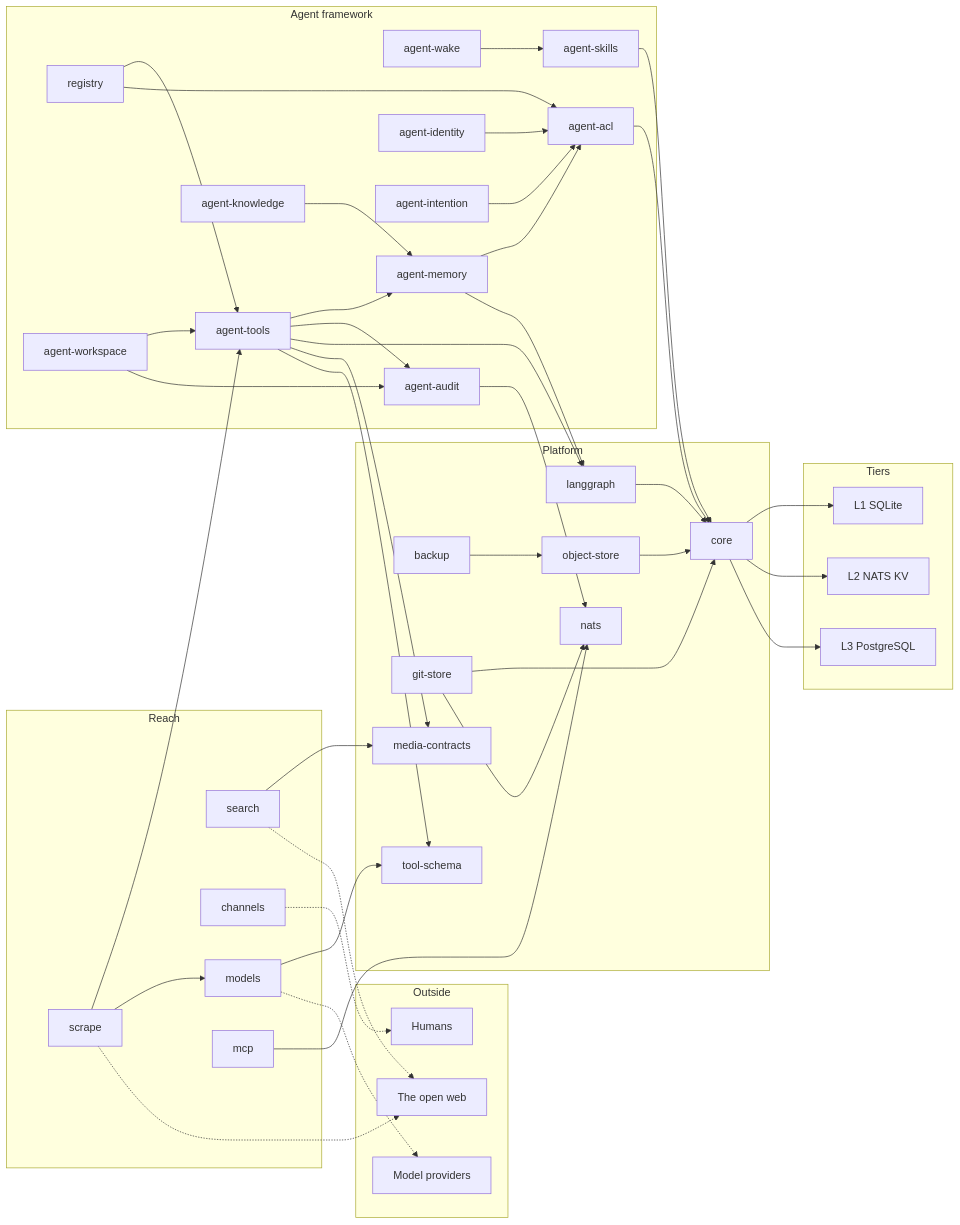
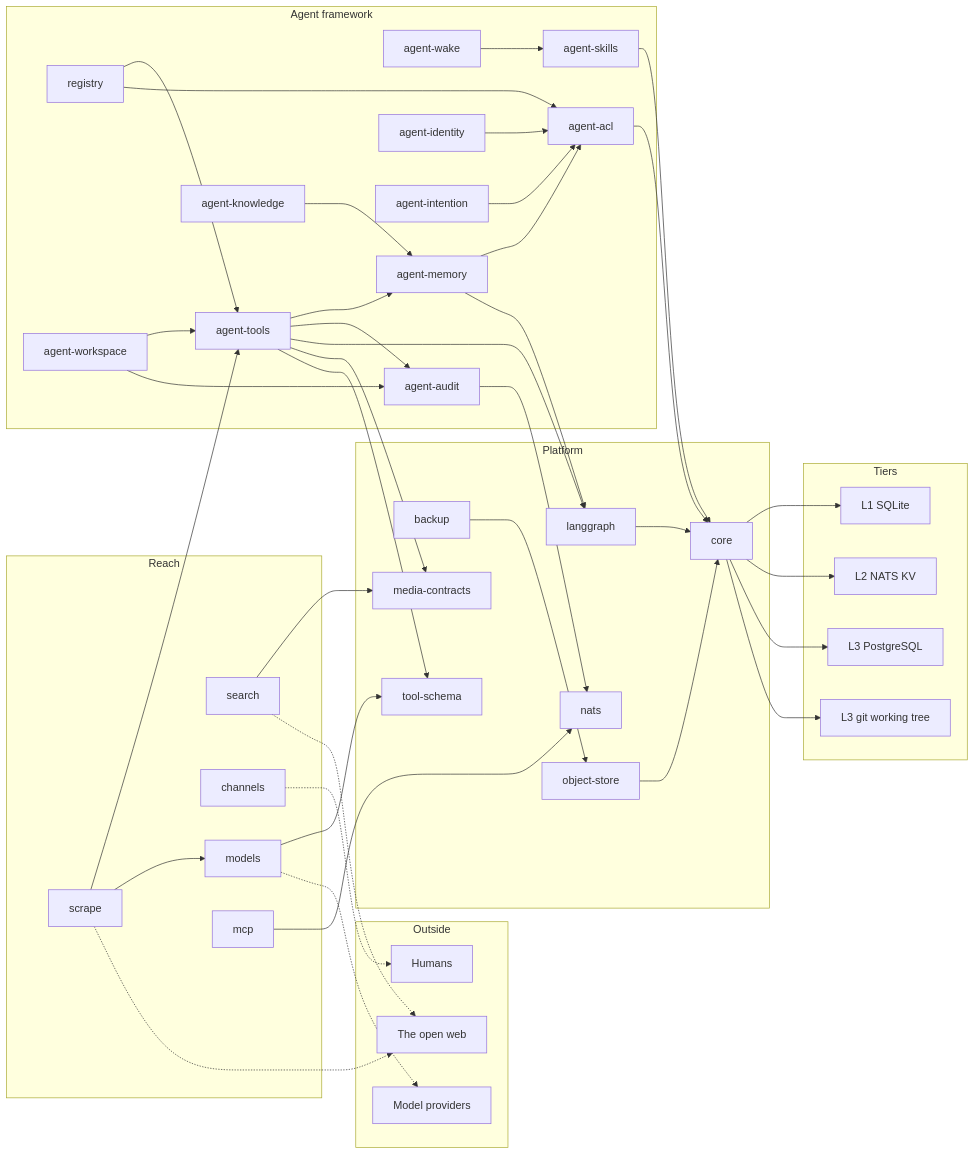
Before and after one commit to pacepace/3tears: the diagram in README.md, drawn with Mermaid. The commit also changed other lines of this file and 41 other files, not shown here.

First line of the commit message:
git-store moves into core: threetears.core.backends.git, beside the other L3s

```diff
--- a/README.md
+++ b/README.md
@@ -245,7 +244,6 @@
         LG[langgraph]
         BACK[backup]
         OBJ[object-store]
-        GIT[git-store]
         CORE[core]
         NATS[nats]
         MEDIA[media-contracts]
@@ -256,6 +254,7 @@
         L1[L1 SQLite]
         L2[L2 NATS KV]
         L3[L3 PostgreSQL]
+        L3G[L3 git working tree]
     end
 
     SCRAPE --> TOOLS
@@ -283,12 +282,11 @@
     MCP --> NATS
     BACK --> OBJ
     OBJ --> CORE
-    GIT --> CORE
-    GIT --> NATS
     SEARCH --> MEDIA
     CORE --> L1
     CORE --> L2
     CORE --> L3
+    CORE --> L3G
     SCRAPE -.-> WEB
     SEARCH -.-> WEB
     CHAN -.-> HUM
```
